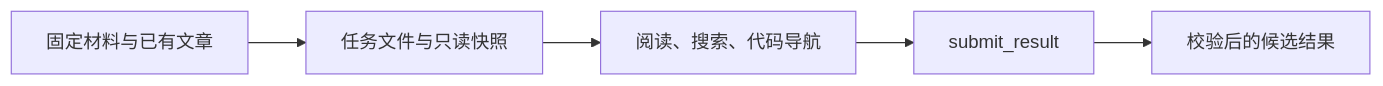
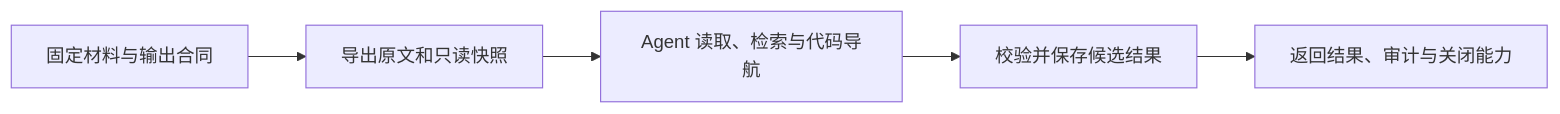
One commit to lejunyang/omem changed the diagram in .repo-review/knowledge/articles/052b7a5f06c5ca089f216633bf39395608fd9bad8adc088f98b214b6749761f3.md. Above: the diagram before and after it, drawn with Mermaid. The commit also changed other lines of this file and 33 other files, not shown here.

````diff
--- a/.repo-review/knowledge/articles/052b7a5f06c5ca089f216633bf39395608fd9bad8adc088f98b214b6749761f3.md
+++ b/.repo-review/knowledge/articles/052b7a5f06c5ca089f216633bf39395608fd9bad8adc088f98b214b6749761f3.md
@@ -19,7 +17,7 @@
 ```mermaid
 flowchart LR
-  A[固定材料与已有文章] --> B[任务文件与只读快照]
-  B --> C[阅读、搜索、代码导航]
-  C --> D[submit_result]
-  D --> E[校验后的候选结果]
+  A[固定材料与输出合同] --> B[导出原文和只读快照]
+  B --> C[Agent 读取、检索与代码导航]
+  C --> D[校验并保存候选结果]
+  D --> E[返回结果、审计与关闭能力]
 ```
````
